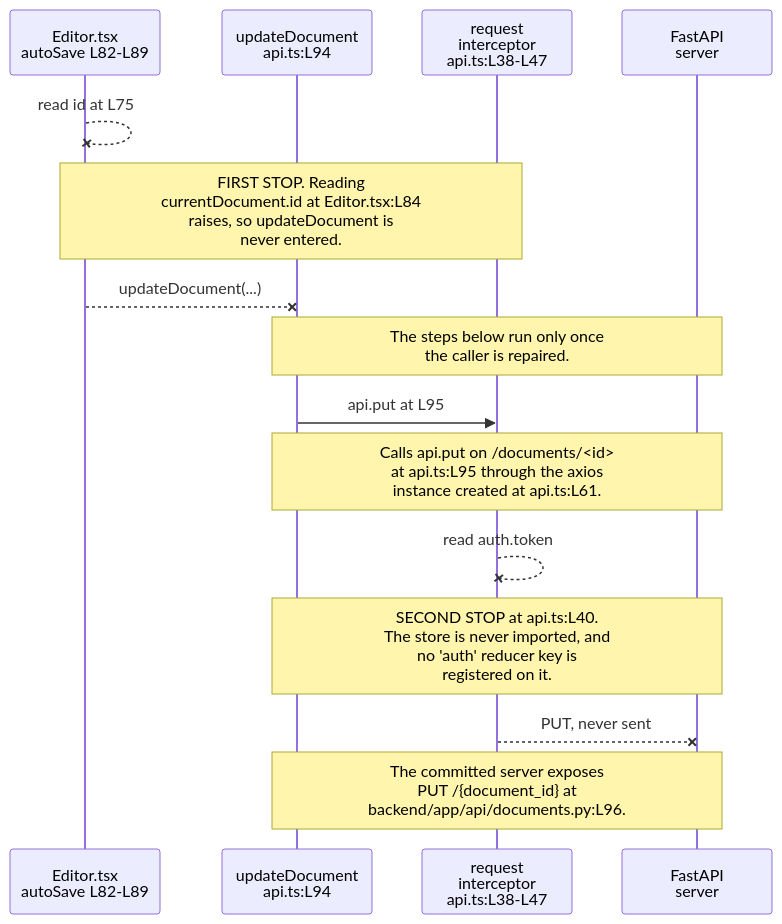
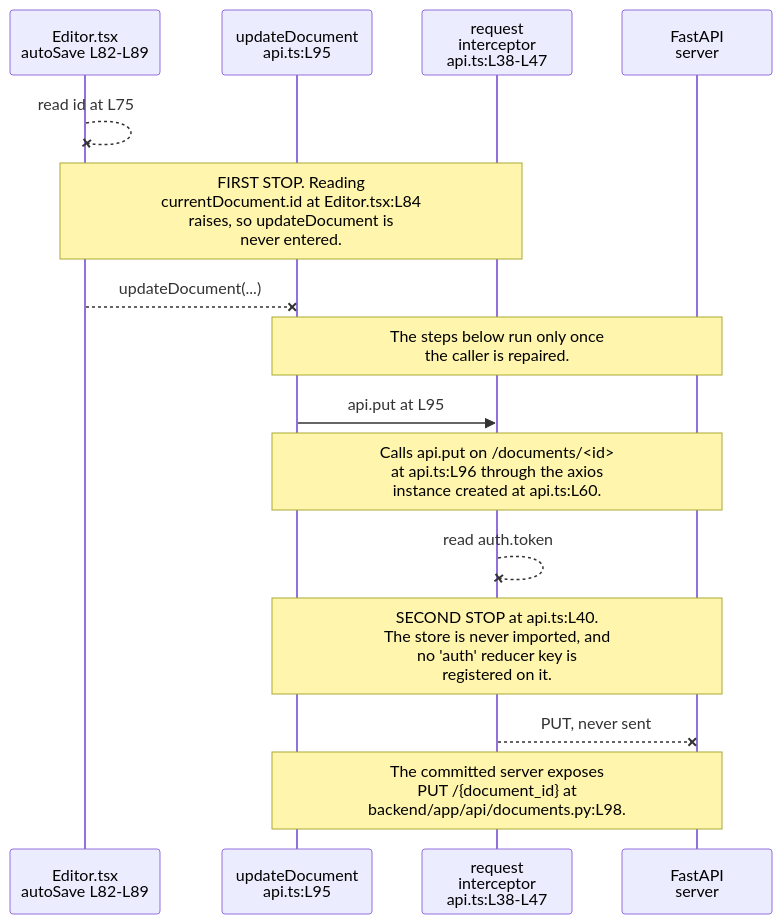
One commit to blitzy-public-samples/microsoft-word-u33ko0 changed the diagram in frontend/src/services/README.md. Above: the diagram before and after it, drawn with Mermaid. The commit also changed other lines of this file and 47 other files, not shown here.

````diff
--- a/frontend/src/services/README.md
+++ b/frontend/src/services/README.md
@@ -79,20 +79,20 @@
 ```mermaid
 sequenceDiagram
     accTitle: A REST call from the editor page through the bearer interceptor
     accDescr: The call stops twice. The argument read raises before updateDocument is entered, and the request interceptor raises because the store is never imported and no auth reducer key exists. The path below the first stop describes intended shape only.
     participant Page as Editor.tsx<br/>autoSave L82-L89
-    participant Fn as updateDocument<br/>api.ts:L94
+    participant Fn as updateDocument<br/>api.ts:L95
     participant Int as request<br/>interceptor<br/>api.ts:L38-L47
     participant Srv as FastAPI<br/>server
 
     Page--xPage: read id at L75
     Note over Page,Int: FIRST STOP. Reading<br/>currentDocument.id at Editor.tsx:L84<br/>raises, so updateDocument is<br/>never entered.
     Page--xFn: updateDocument(...)
     Note over Fn,Srv: The steps below run only once<br/>the caller is repaired.
     Fn->>Int: api.put at L95
-    Note over Fn,Srv: Calls api.put on /documents/<id><br/>at api.ts:L95 through the axios<br/>instance created at api.ts:L61.
+    Note over Fn,Srv: Calls api.put on /documents/<id><br/>at api.ts:L96 through the axios<br/>instance created at api.ts:L60.
     Int--xInt: read auth.token
     Note over Fn,Srv: SECOND STOP at api.ts:L40.<br/>The store is never imported, and<br/>no 'auth' reducer key is<br/>registered on it.
     Int--xSrv: PUT, never sent
-    Note over Fn,Srv: The committed server exposes<br/>PUT /{document_id} at<br/>backend/app/api/documents.py:L96.
+    Note over Fn,Srv: The committed server exposes<br/>PUT /{document_id} at<br/>backend/app/api/documents.py:L98.
 ```
````
